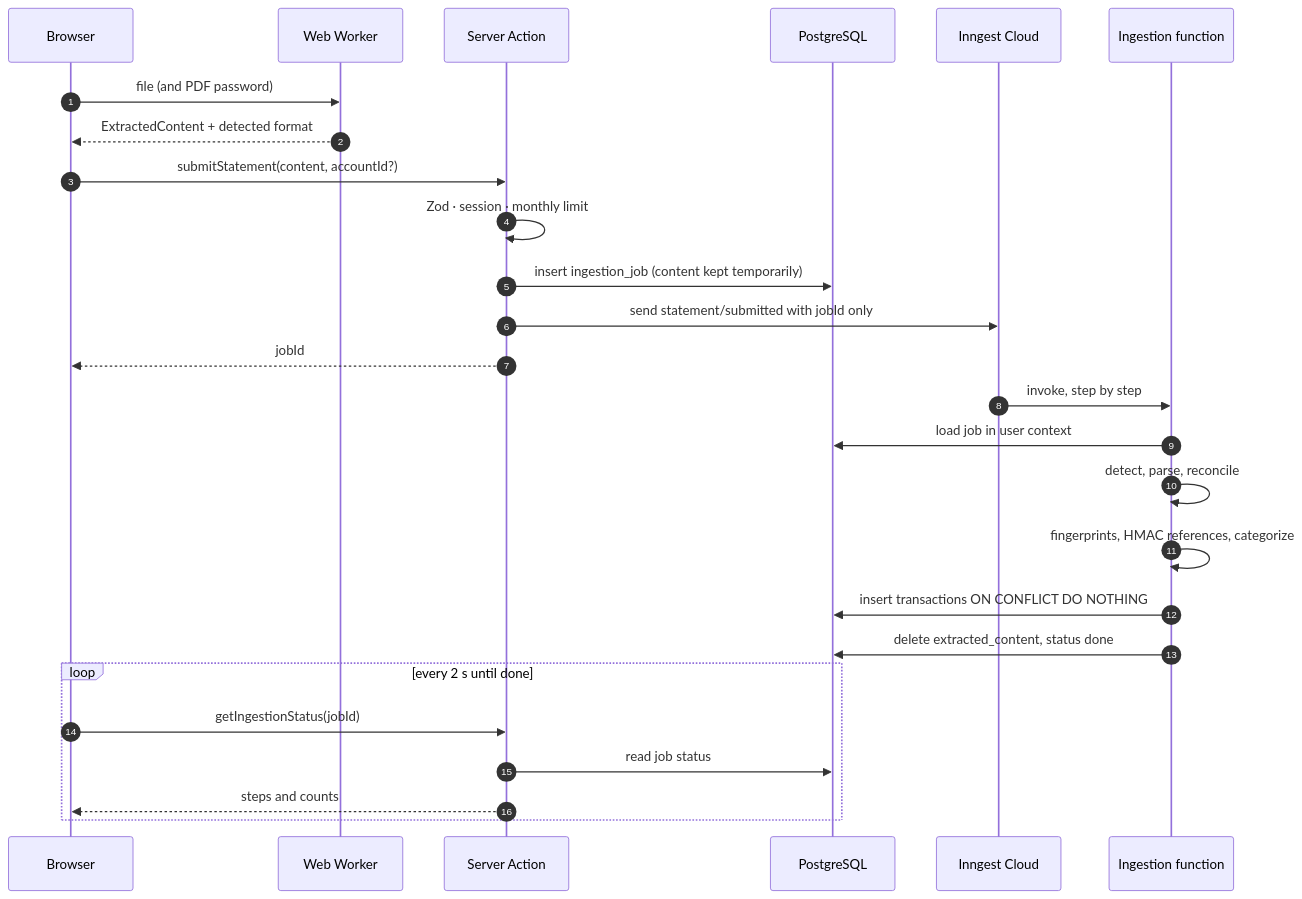
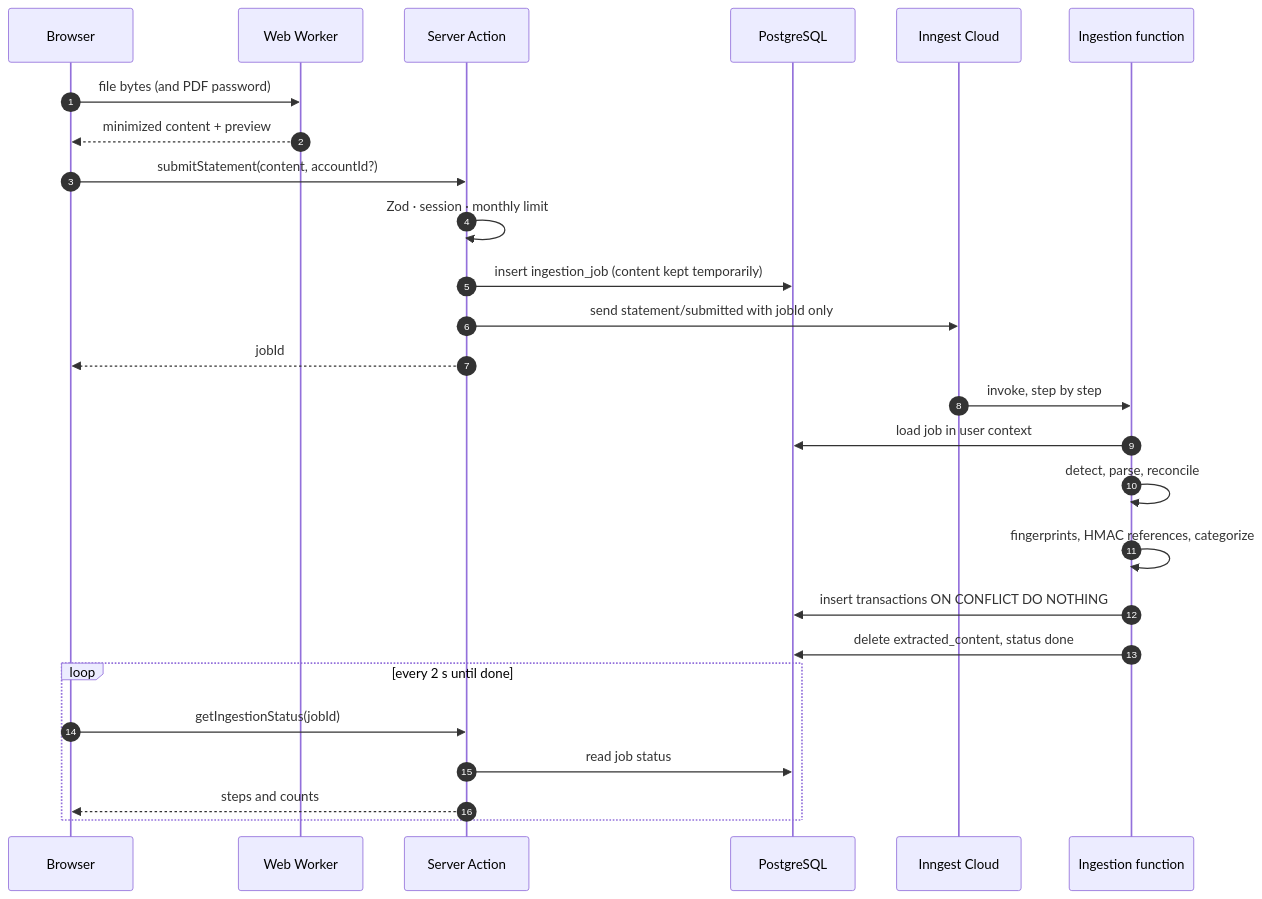
Before and after one commit to ingcarlostello/xtrakto: the second of 7 diagrams in docs/ARCHITECTURE.md, drawn with Mermaid. The commit also changed other lines of this file and 15 other files, not shown here.

````diff
--- a/docs/ARCHITECTURE.md
+++ b/docs/ARCHITECTURE.md
@@ -96,28 +95,28 @@
 ```mermaid
 sequenceDiagram
     autonumber
     participant B as Browser
     participant W as Web Worker
     participant S as Server Action
     participant DB as PostgreSQL
     participant I as Inngest Cloud
     participant F as Ingestion function
-    B->>W: file (and PDF password)
-    W-->>B: ExtractedContent + detected format
+    B->>W: file bytes (and PDF password)
+    W-->>B: minimized content + preview
     B->>S: submitStatement(content, accountId?)
     S->>S: Zod · session · monthly limit
     S->>DB: insert ingestion_job (content kept temporarily)
     S->>I: send statement/submitted with jobId only
     S-->>B: jobId
     I->>F: invoke, step by step
     F->>DB: load job in user context
     F->>F: detect, parse, reconcile
     F->>F: fingerprints, HMAC references, categorize
     F->>DB: insert transactions ON CONFLICT DO NOTHING
     F->>DB: delete extracted_content, status done
     loop every 2 s until done
         B->>S: getIngestionStatus(jobId)
         S->>DB: read job status
         S-->>B: steps and counts
     end
 ```
````
